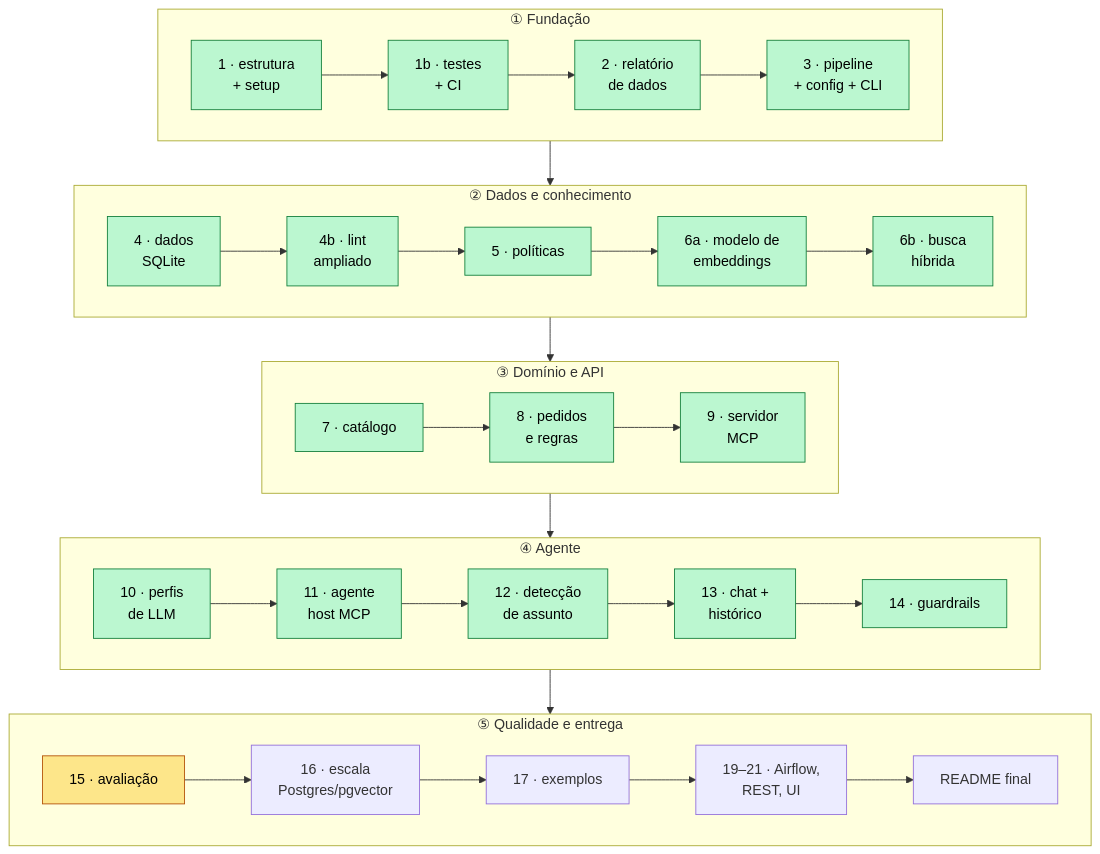
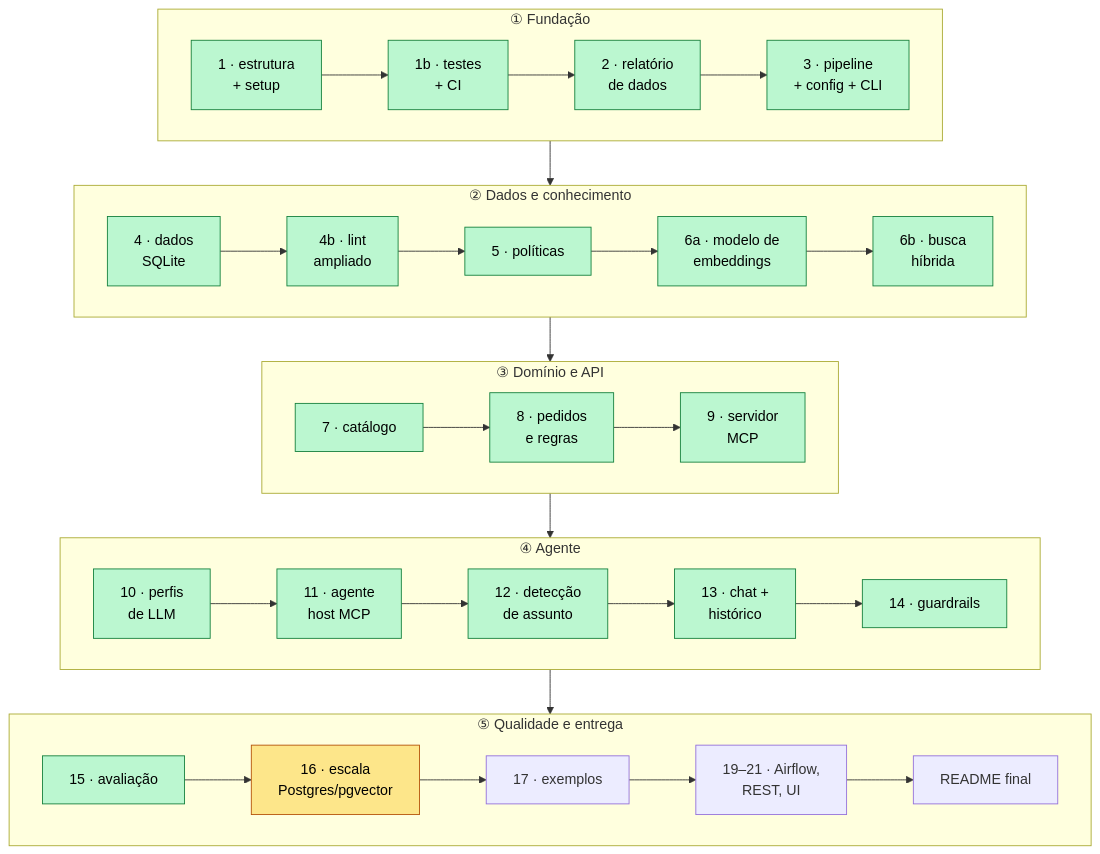
Diagram 20 of 20 in README.md (RonildoSilva/ai-engineer-challenge), drawn with Mermaid before and after one commit. The commit also changed other lines of this file and 26 other files, not shown here.

````diff
--- a/README.md
+++ b/README.md
@@ -854,26 +938,26 @@
 ```mermaid
 flowchart TD
     subgraph F1["① Fundação"]
         direction LR
         C1["1 · estrutura<br/>+ setup"]:::done --> C1b["1b · testes<br/>+ CI"]:::done --> C2["2 · relatório<br/>de dados"]:::done --> C3["3 · pipeline<br/>+ config + CLI"]:::done
     end
     subgraph F2["② Dados e conhecimento"]
         direction LR
         C4["4 · dados<br/>SQLite"]:::done --> C4b["4b · lint<br/>ampliado"]:::done --> C5["5 · políticas"]:::done --> C6a["6a · modelo de<br/>embeddings"]:::done --> C6b["6b · busca<br/>híbrida"]:::done
     end
     subgraph F3["③ Domínio e API"]
         direction LR
         C7["7 · catálogo"]:::done --> C8["8 · pedidos<br/>e regras"]:::done --> C9["9 · servidor<br/>MCP"]:::done
     end
     subgraph F4["④ Agente"]
         direction LR
         C10["10 · perfis<br/>de LLM"]:::done --> C11["11 · agente<br/>host MCP"]:::done --> C12["12 · detecção<br/>de assunto"]:::done --> C13["13 · chat +<br/>histórico"]:::done --> C14["14 · guardrails"]:::done
     end
     subgraph F5["⑤ Qualidade e entrega"]
         direction LR
-        C15["15 · avaliação"]:::next --> C16["16 · escala<br/>Postgres/pgvector"] --> C17["17 · exemplos"] --> CX["19–21 · Airflow,<br/>REST, UI"] --> C18["README final"]
+        C15["15 · avaliação"]:::done --> C16["16 · escala<br/>Postgres/pgvector"]:::next --> C17["17 · exemplos"] --> CX["19–21 · Airflow,<br/>REST, UI"] --> C18["README final"]
     end
     F1 --> F2 --> F3 --> F4 --> F5
     classDef next fill:#fde68a,stroke:#b45309,color:#000
     classDef done fill:#bbf7d0,stroke:#15803d,color:#000
 ```
````
